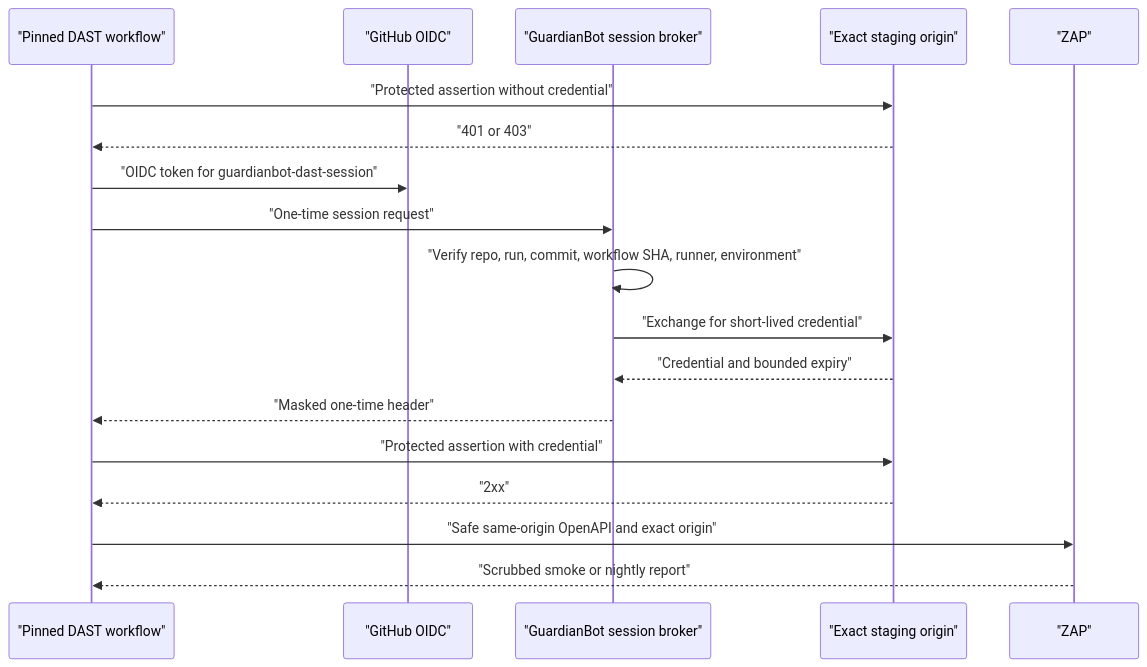
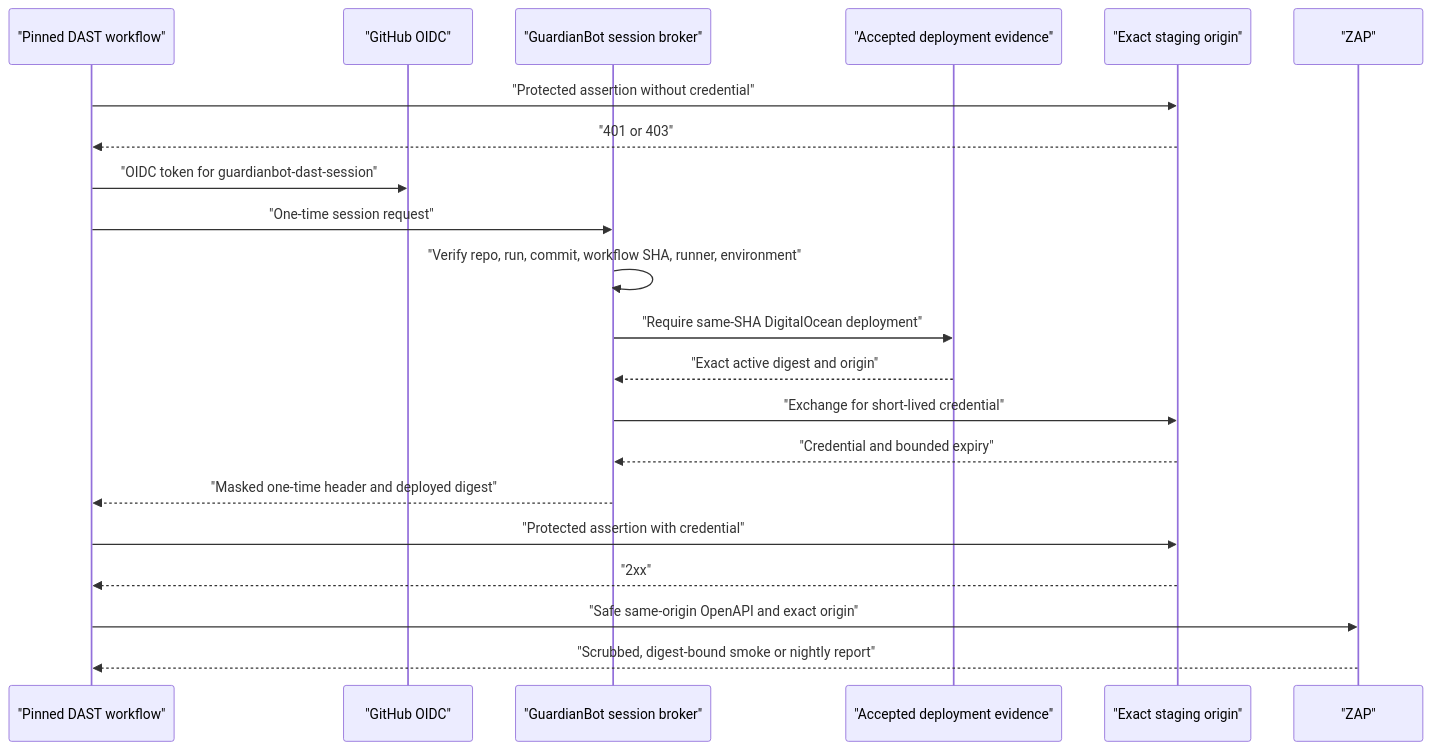
One commit to geekyshubham/guardianbot changed the fifth of 5 diagrams in docs/how-it-works.md. Above: the diagram before and after it, drawn with Mermaid. The commit also changed 53 other files, not shown here.

Commit message:
harden deployment-bound security workflows

````diff
--- a/docs/how-it-works.md
+++ b/docs/how-it-works.md
@@ -85,20 +85,23 @@
 ```mermaid
 sequenceDiagram
   participant W as "Pinned DAST workflow"
   participant O as "GitHub OIDC"
   participant C as "GuardianBot session broker"
+  participant E as "Accepted deployment evidence"
   participant S as "Exact staging origin"
   participant Z as "ZAP"
   W->>S: "Protected assertion without credential"
   S-->>W: "401 or 403"
   W->>O: "OIDC token for guardianbot-dast-session"
   W->>C: "One-time session request"
   C->>C: "Verify repo, run, commit, workflow SHA, runner, environment"
+  C->>E: "Require same-SHA DigitalOcean deployment"
+  E-->>C: "Exact active digest and origin"
   C->>S: "Exchange for short-lived credential"
   S-->>C: "Credential and bounded expiry"
-  C-->>W: "Masked one-time header"
+  C-->>W: "Masked one-time header and deployed digest"
   W->>S: "Protected assertion with credential"
   S-->>W: "2xx"
   W->>Z: "Safe same-origin OpenAPI and exact origin"
-  Z-->>W: "Scrubbed smoke or nightly report"
+  Z-->>W: "Scrubbed, digest-bound smoke or nightly report"
 ```
````
